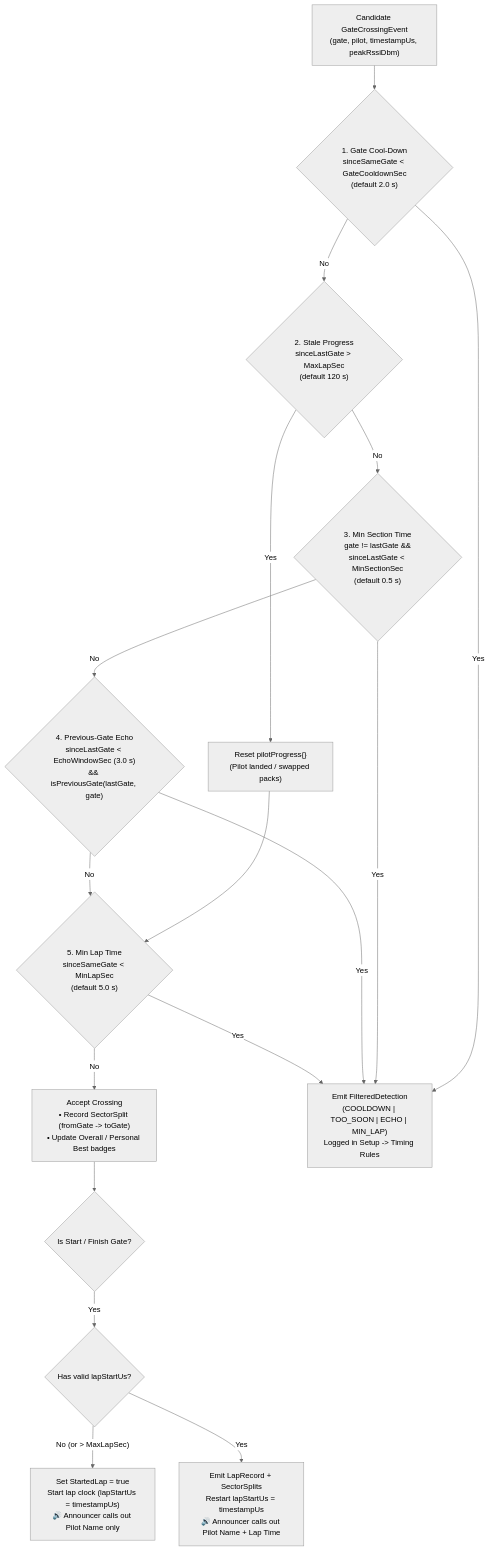
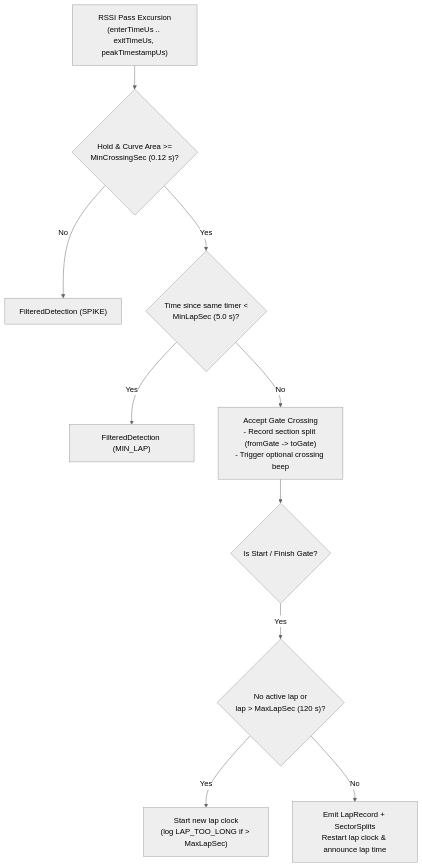
The fifth of 6 diagrams in docs/ARCHITECTURE.md (kaack/SlapRF), drawn with Mermaid (neutral theme) before and after one commit. The commit also changed other lines of this file and 19 other files, not shown here.

````diff
--- a/docs/ARCHITECTURE.md
+++ b/docs/ARCHITECTURE.md
@@ -237,31 +287,22 @@
 ```mermaid
 flowchart TD
-    Cand["Candidate GateCrossingEvent\n(gate, pilot, timestampUs, peakRssiDbm)"]
-    R1{"1. Gate Cool-Down\nsinceSameGate < GateCooldownSec\n(default 2.0 s)"}
-    R2{"2. Stale Progress\nsinceLastGate > MaxLapSec\n(default 120 s)"}
-    ResetProg["Reset pilotProgress{}\n(Pilot landed / swapped packs)"]
-    R3{"3. Min Section Time\ngate != lastGate &&\nsinceLastGate < MinSectionSec\n(default 0.5 s)"}
-    R4{"4. Previous-Gate Echo\nsinceLastGate < EchoWindowSec (3.0 s)\n&& isPreviousGate(lastGate, gate)"}
-    R5{"5. Min Lap Time\nsinceSameGate < MinLapSec\n(default 5.0 s)"}
-    Accept["Accept Crossing\n• Record SectorSplit (fromGate -> toGate)\n• Update Overall / Personal Best badges"]
+    Excursion["RSSI Pass Excursion\n(enterTimeUs .. exitTimeUs, peakTimestampUs)"]
+    Hold{"Hold & Curve Area >=\nMinCrossingSec (0.12 s)?"}
+    Spike["FilteredDetection (SPIKE)"]
+    MinLap{"Time since same timer <\nMinLapSec (5.0 s)?"}
+    RejMinLap["FilteredDetection (MIN_LAP)"]
+    Accept["Accept Gate Crossing\n- Record section split (fromGate -> toGate)\n- Trigger optional crossing beep"]
     IsSF{"Is Start / Finish Gate?"}
-    HasStart{"Has valid lapStartUs?"}
-    StartOnly["Set StartedLap = true\nStart lap clock (lapStartUs = timestampUs)\n🔊 Announcer calls out Pilot Name only"]
-    CompleteLap["Emit LapRecord + SectorSplits\nRestart lapStartUs = timestampUs\n🔊 Announcer calls out Pilot Name + Lap Time"]
-    Reject["Emit FilteredDetection\n(COOLDOWN | TOO_SOON | ECHO | MIN_LAP)\nLogged in Setup -> Timing Rules"]
+    Stale{"No active lap or\nlap > MaxLapSec (120 s)?"}
+    StartFresh["Start new lap clock\n(log LAP_TOO_LONG if > MaxLapSec)"]
+    Complete["Emit LapRecord + SectorSplits\nRestart lap clock & announce lap time"]
 
-    Cand --> R1
-    R1 -- "Yes" --> Reject
-    R1 -- "No" --> R2
-    R2 -- "Yes" --> ResetProg --> R5
-    R2 -- "No" --> R3
-    R3 -- "Yes" --> Reject
-    R3 -- "No" --> R4
-    R4 -- "Yes" --> Reject
-    R4 -- "No" --> R5
-    R5 -- "Yes" --> Reject
-    R5 -- "No" --> Accept --> IsSF
-    IsSF -- "Yes" --> HasStart
-    HasStart -- "No (or > MaxLapSec)" --> StartOnly
-    HasStart -- "Yes" --> CompleteLap
+    Excursion --> Hold
+    Hold -- "No" --> Spike
+    Hold -- "Yes" --> MinLap
+    MinLap -- "Yes" --> RejMinLap
+    MinLap -- "No" --> Accept --> IsSF
+    IsSF -- "Yes" --> Stale
+    Stale -- "Yes" --> StartFresh
+    Stale -- "No" --> Complete
 ```
````
